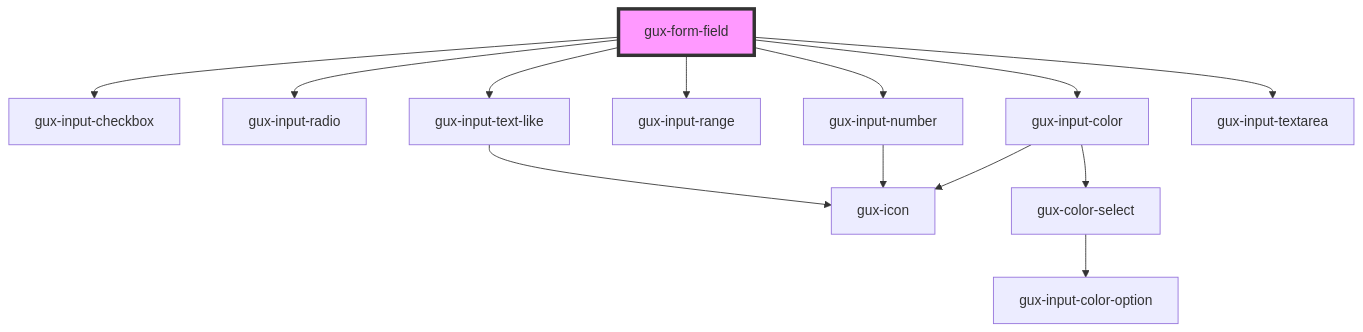
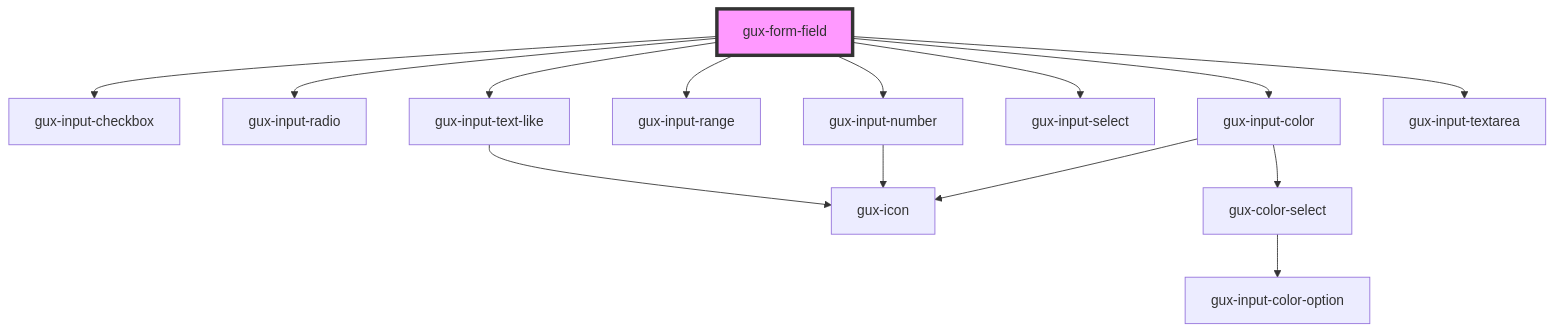
The diagram in src/components/stable/gux-form-field/readme.md (MyPureCloud/genesys-spark), drawn with Mermaid before and after one commit. The commit also changed other lines of this file and 16 other files, not shown here.

First line of the commit message:
fix(gux-input-select): create gux-input-select component for gux-form-field

````diff
--- a/src/components/stable/gux-form-field/readme.md
+++ b/src/components/stable/gux-form-field/readme.md
@@ -38,16 +39,17 @@
 ```mermaid
 graph TD;
   gux-form-field --> gux-input-checkbox
   gux-form-field --> gux-input-radio
   gux-form-field --> gux-input-color
   gux-form-field --> gux-input-range
   gux-form-field --> gux-input-number
+  gux-form-field --> gux-input-select
   gux-form-field --> gux-input-text-like
   gux-form-field --> gux-input-textarea
   gux-input-color --> gux-icon
   gux-input-color --> gux-color-select
   gux-color-select --> gux-input-color-option
   gux-input-number --> gux-icon
   gux-input-text-like --> gux-icon
   style gux-form-field fill:#f9f,stroke:#333,stroke-width:4px
 ```
````
